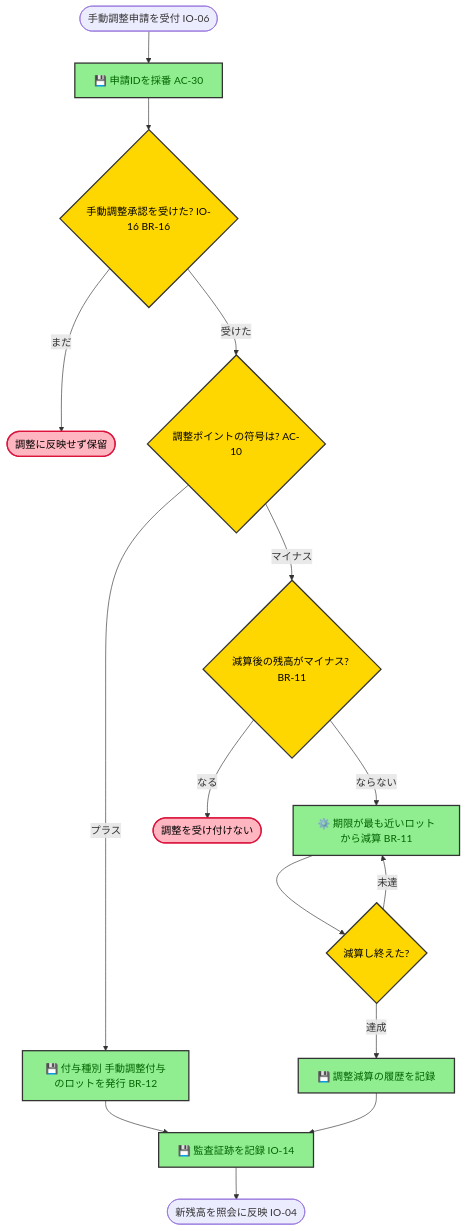
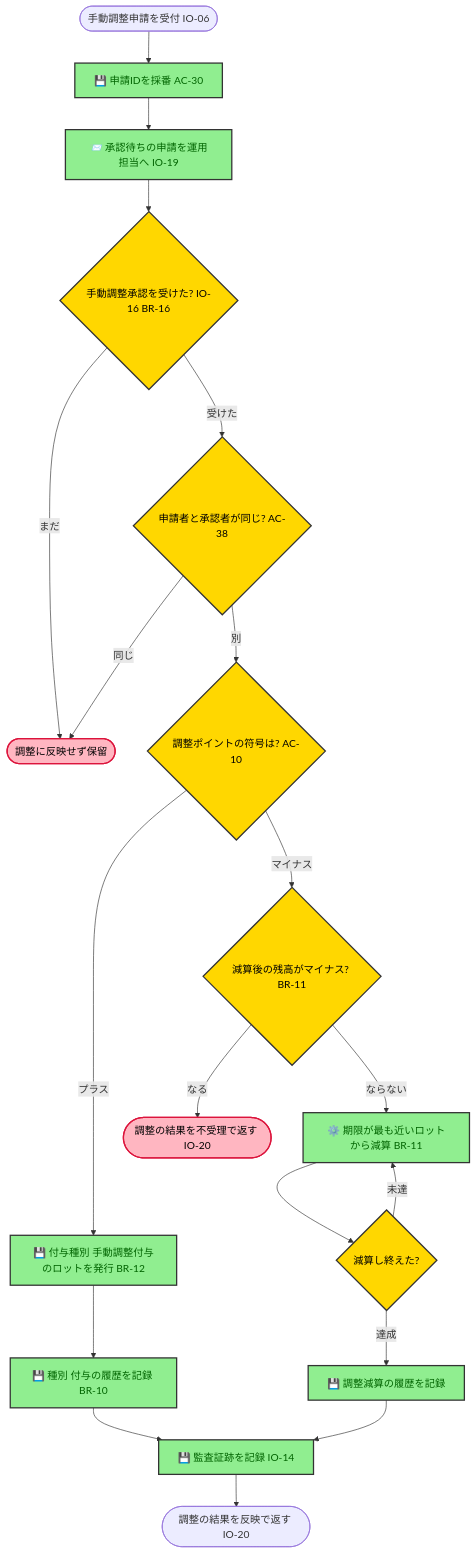
Diagram 13 of 15 in samples/docs/requirements.md (kasiopeiya/claude-dev-template), drawn with Mermaid before and after one commit. The commit also changed other lines of this file, not shown here.

````diff
--- a/samples/docs/requirements.md
+++ b/samples/docs/requirements.md
@@ -976,24 +1027,28 @@
 ```mermaid
 flowchart TD
     start([手動調整申請を受付 IO-06]) --> id[💾 申請IDを採番 AC-30]
-    id --> wait{手動調整承認を受けた? IO-16 BR-16}
+    id --> notify[📨 承認待ちの申請を運用担当へ IO-19]
+    notify --> wait{手動調整承認を受けた? IO-16 BR-16}
     wait -->|まだ| hold([調整に反映せず保留])
-    wait -->|受けた| sign{調整ポイントの符号は? AC-10}
+    wait -->|受けた| same{申請者と承認者が同じ? AC-38}
+    same -->|同じ| hold
+    same -->|別| sign{調整ポイントの符号は? AC-10}
     sign -->|プラス| lot[💾 付与種別 手動調整付与のロットを発行 BR-12]
     sign -->|マイナス| neg{減算後の残高がマイナス? BR-11}
-    neg -->|なる| reject([調整を受け付けない])
+    neg -->|なる| reject([調整の結果を不受理で返す IO-20])
     neg -->|ならない| pick[⚙️ 期限が最も近いロットから減算 BR-11]
     pick --> left{減算し終えた?}
     left -->|未達| pick
     left -->|達成| hist[💾 調整減算の履歴を記録]
-    lot --> trail[💾 監査証跡を記録 IO-14]
+    lot --> histp[💾 種別 付与の履歴を記録 BR-10]
+    histp --> trail[💾 監査証跡を記録 IO-14]
     hist --> trail
-    trail --> resp([新残高を照会に反映 IO-04])
+    trail --> resp([調整の結果を反映で返す IO-20])
 
     classDef step fill:#90EE90,stroke:#333,stroke-width:2px,color:darkgreen
     classDef decision fill:#FFD700,stroke:#333,stroke-width:2px,color:black
     classDef error fill:#FFB6C1,stroke:#DC143C,stroke-width:2px,color:black
-    class id,lot,pick,hist,trail step
-    class wait,sign,neg,left decision
+    class id,notify,lot,histp,pick,hist,trail step
+    class wait,same,sign,neg,left decision
     class hold,reject error
 ```
````
